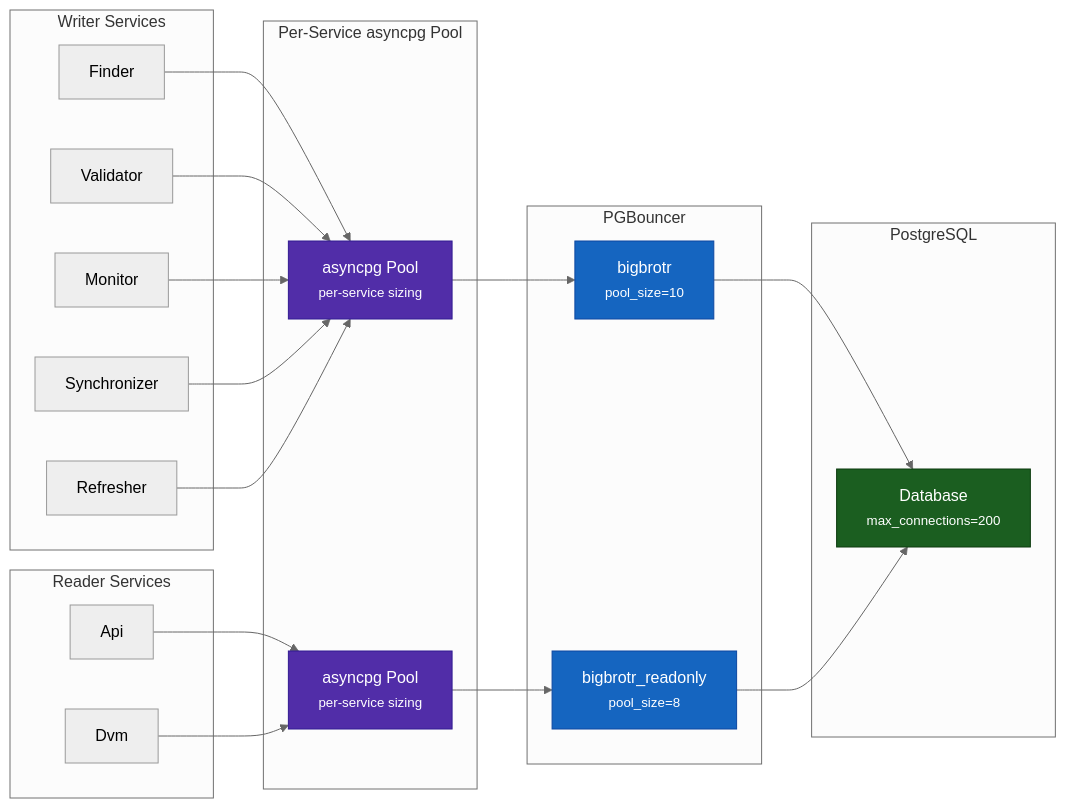
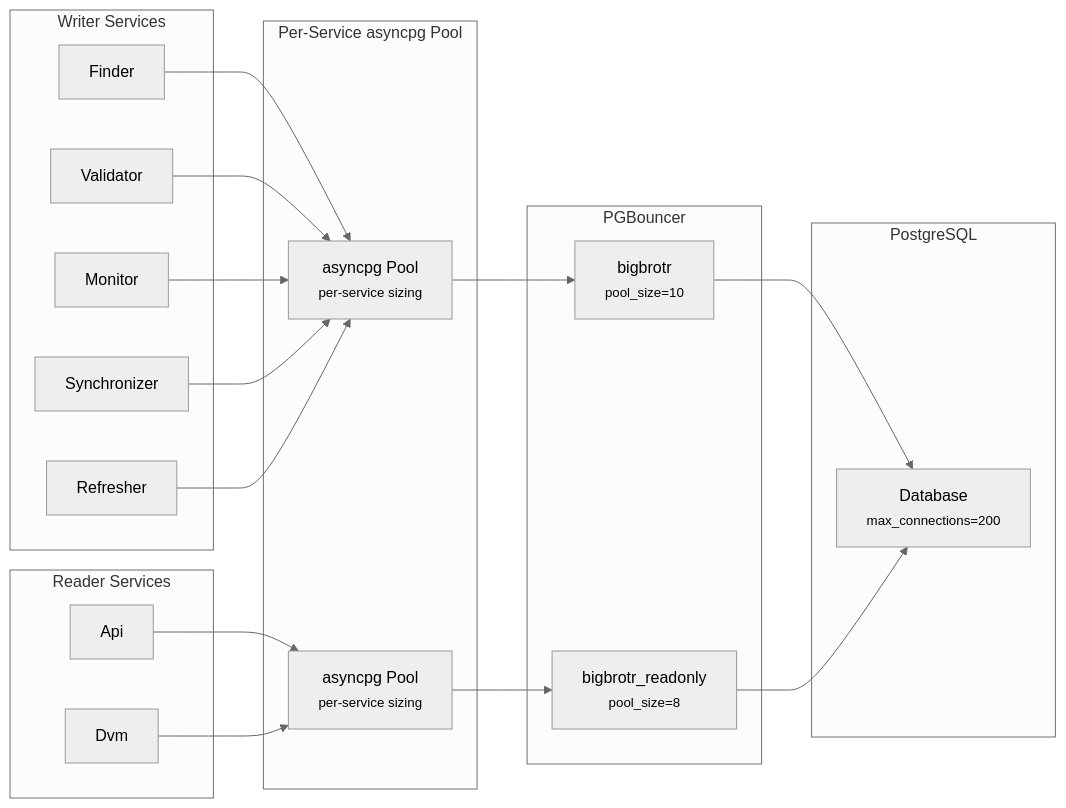
The sixth of 7 diagrams in docs/user-guide/architecture.md (BigBrotr/bigbrotr), drawn with Mermaid (neutral theme) before and after one commit. The commit also changed other lines of this file and 10 other files, not shown here.

````diff
--- a/docs/user-guide/architecture.md
+++ b/docs/user-guide/architecture.md
@@ -533,47 +558,42 @@
 ```mermaid
 flowchart LR
     subgraph "Writer Services"
         F["Finder"]
         V["Validator"]
         MO["Monitor"]
         SY["Synchronizer"]
         RE["Refresher"]
     end
 
     subgraph "Reader Services"
         API["Api"]
         DVM["Dvm"]
     end
 
     subgraph "Per-Service asyncpg Pool"
         APW["asyncpg Pool<br/><small>per-service sizing</small>"]
         APR["asyncpg Pool<br/><small>per-service sizing</small>"]
     end
 
     subgraph PGBouncer
         PBW["bigbrotr<br/><small>pool_size=10</small>"]
         PBR["bigbrotr_readonly<br/><small>pool_size=8</small>"]
     end
 
     subgraph PostgreSQL
         PG["Database<br/><small>max_connections=200</small>"]
     end
 
     F --> APW
     V --> APW
     MO --> APW
     SY --> APW
     RE --> APW
     API --> APR
     DVM --> APR
     APW --> PBW
     APR --> PBR
     PBW --> PG
     PBR --> PG
 
-    style APW fill:#512DA8,color:#fff,stroke:#311B92
-    style APR fill:#512DA8,color:#fff,stroke:#311B92
-    style PBW fill:#1565C0,color:#fff,stroke:#0D47A1
-    style PBR fill:#1565C0,color:#fff,stroke:#0D47A1
-    style PG fill:#1B5E20,color:#fff,stroke:#0D3B0F
 ```
````
